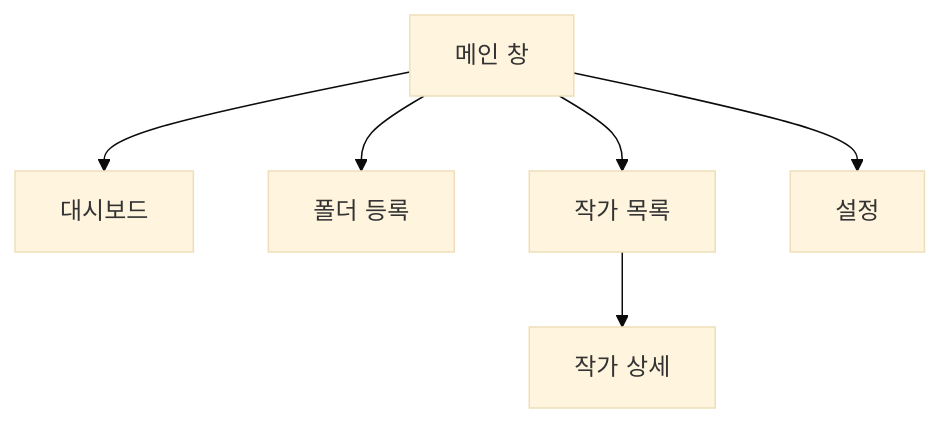
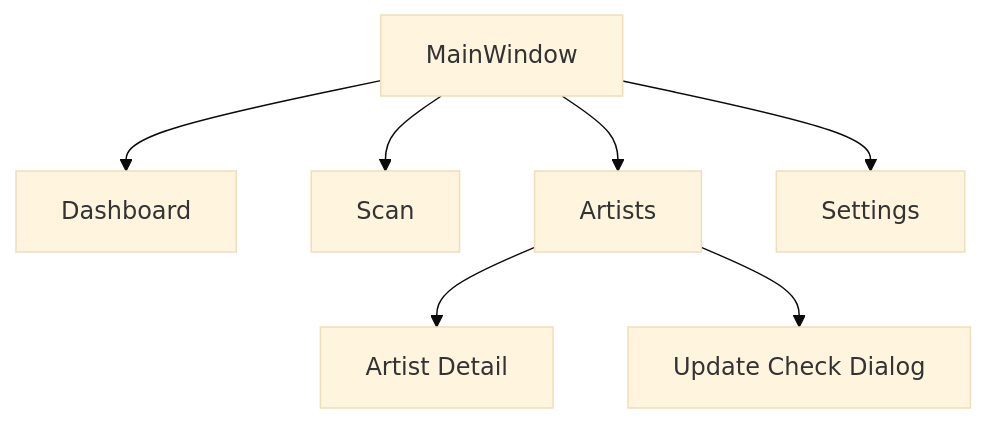
Before and after one commit to PKT0623/PixivLocalManager: diagram 12 of 13 in docs/03_SYSTEM_FLOW.md, drawn with Mermaid (base theme). The commit also changed other lines of this file and 11 other files, not shown here.

````diff
--- a/docs/03_SYSTEM_FLOW.md
+++ b/docs/03_SYSTEM_FLOW.md
@@ -178,15 +267,17 @@
 ```mermaid
 flowchart TD
 
-MAIN[메인 창]
+MAIN[MainWindow]
 
-MAIN --> DASHBOARD[대시보드]
+MAIN --> DASHBOARD[Dashboard]
 
-MAIN --> REGISTER[폴더 등록]
+MAIN --> SCAN[Scan]
 
-MAIN --> ARTISTS[작가 목록]
+MAIN --> ARTISTS[Artists]
 
-MAIN --> SETTINGS[설정]
+MAIN --> SETTINGS[Settings]
 
-ARTISTS --> DETAIL[작가 상세]
+ARTISTS --> DETAIL[Artist Detail]
+
+ARTISTS --> UPDATE[Update Check Dialog]
 ```
````
